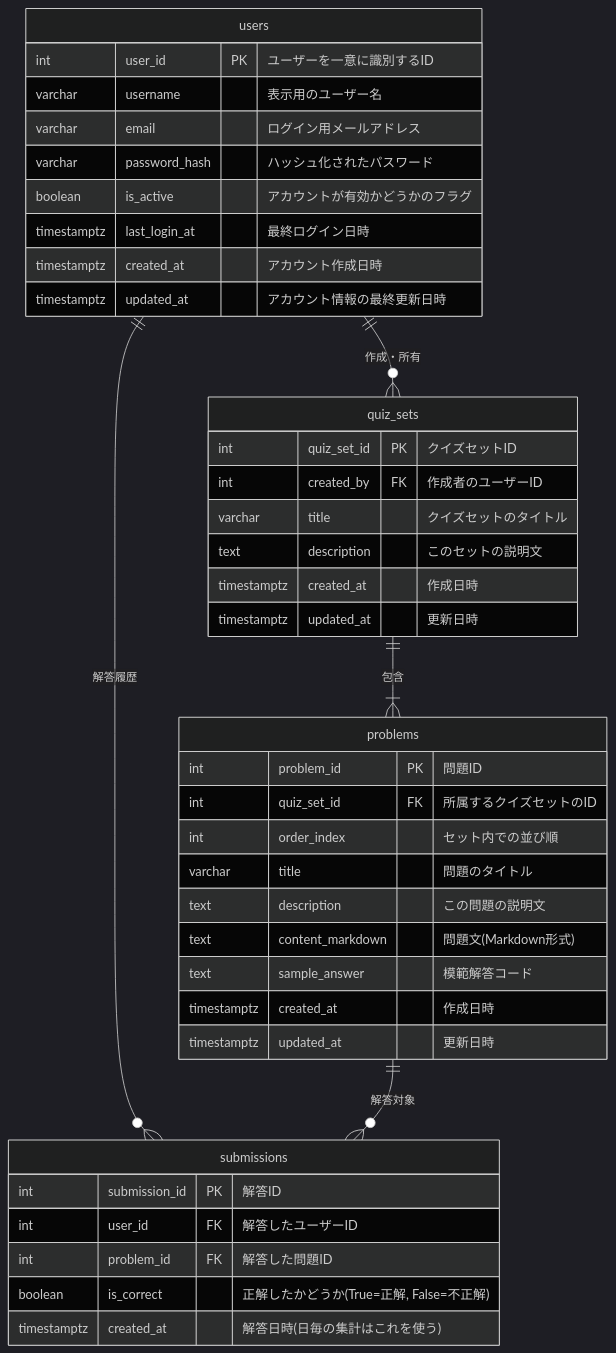
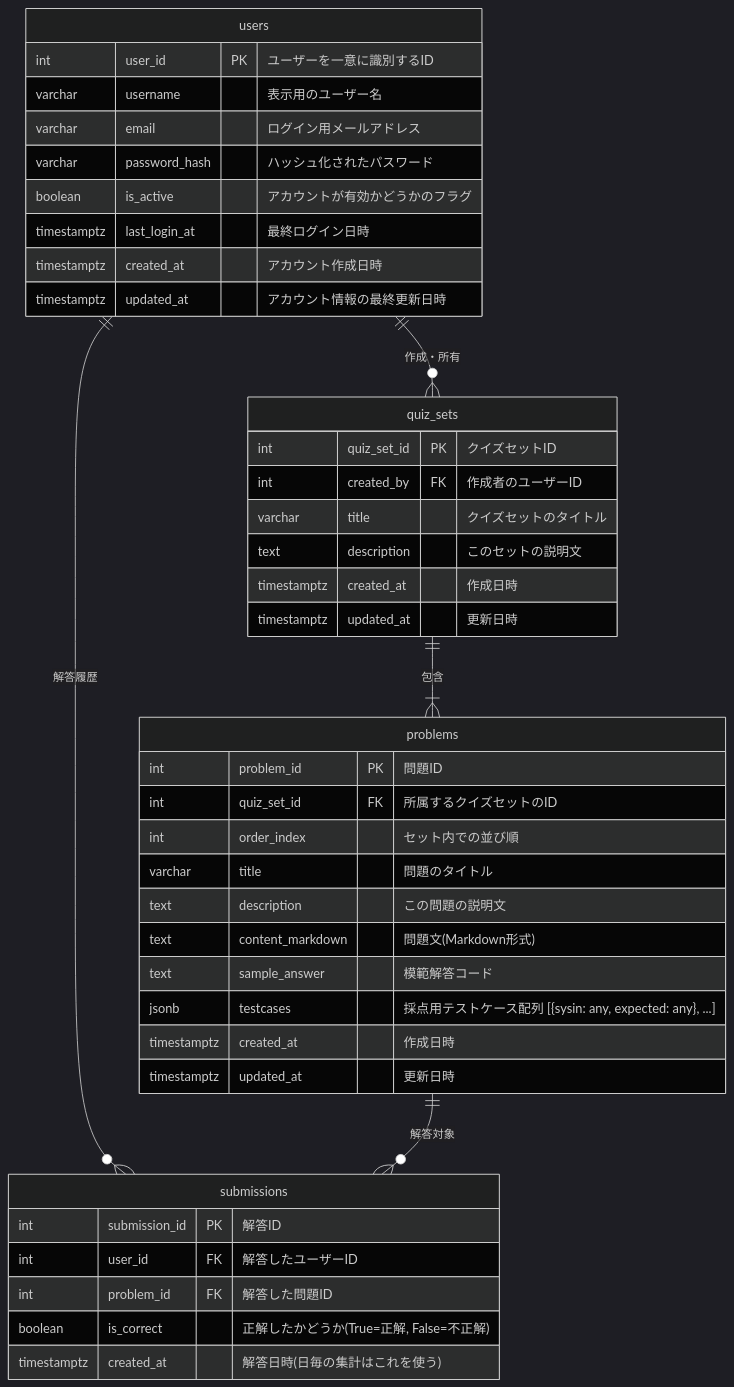
The diagram in design_docs/er-diagram.md (heyho99/under_code), drawn with Mermaid (dark theme) before and after one commit. The commit also changed 2 other files, not shown here.

Commit message:
testcasesをdbに含めた

````diff
--- a/design_docs/er-diagram.md
+++ b/design_docs/er-diagram.md
@@ -1,48 +1,49 @@
 ```mermaid
 erDiagram
     users ||--o{ quiz_sets : "作成・所有"
     users ||--o{ submissions : "解答履歴"
     
     quiz_sets ||--|{ problems : "包含"
     problems ||--o{ submissions : "解答対象"
 
     users {
         int user_id PK "ユーザーを一意に識別するID"
         varchar username "表示用のユーザー名"
         varchar email "ログイン用メールアドレス"
         varchar password_hash "ハッシュ化されたパスワード"
         boolean is_active "アカウントが有効かどうかのフラグ"
         timestamptz last_login_at "最終ログイン日時"
         timestamptz created_at "アカウント作成日時"
         timestamptz updated_at "アカウント情報の最終更新日時"
     }
 
     quiz_sets {
         int quiz_set_id PK "クイズセットID"
         int created_by FK "作成者のユーザーID"
         varchar title "クイズセットのタイトル"
         text description "このセットの説明文"
         timestamptz created_at "作成日時"
         timestamptz updated_at "更新日時"
     }
 
     problems {
         int problem_id PK "問題ID"
         int quiz_set_id FK "所属するクイズセットのID"
         int order_index "セット内での並び順"
         varchar title "問題のタイトル"
         text description "この問題の説明文"        
         text content_markdown "問題文(Markdown形式)"
         text sample_answer "模範解答コード"
+        jsonb testcases "採点用テストケース配列 [{sysin: any, expected: any}, ...]"
         timestamptz created_at "作成日時"
         timestamptz updated_at "更新日時"
     }
 
     submissions {
         int submission_id PK "解答ID"
         int user_id FK "解答したユーザーID"
         int problem_id FK "解答した問題ID"
         boolean is_correct "正解したかどうか(True=正解, False=不正解)"
         timestamptz created_at "解答日時(日毎の集計はこれを使う)"
     }
 ```
````
